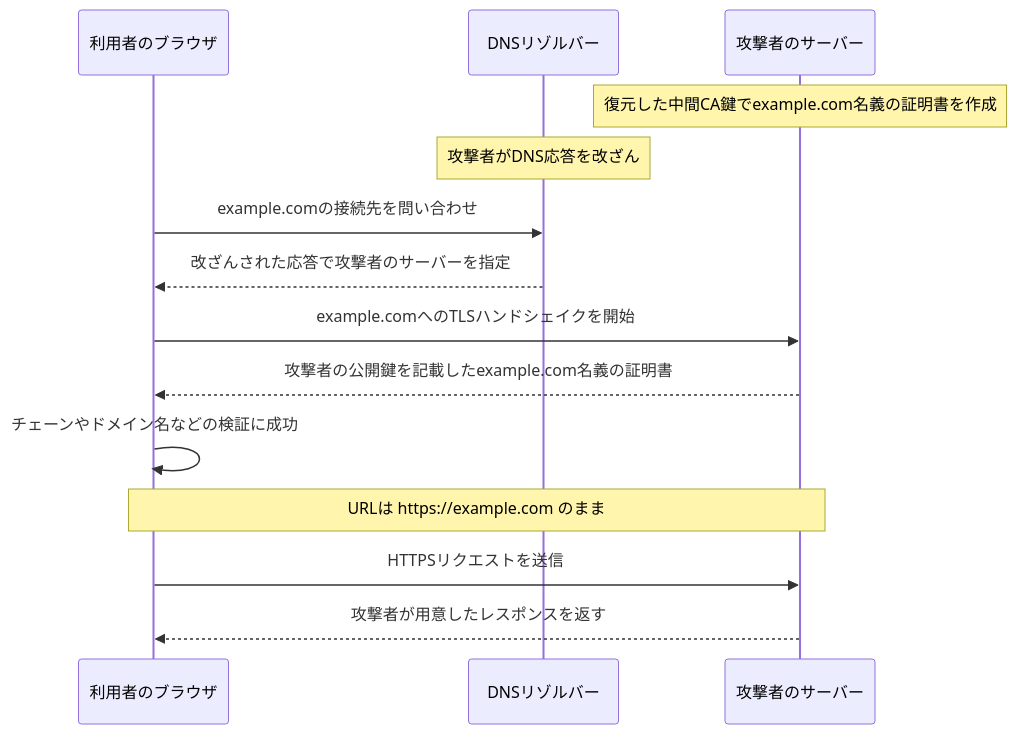
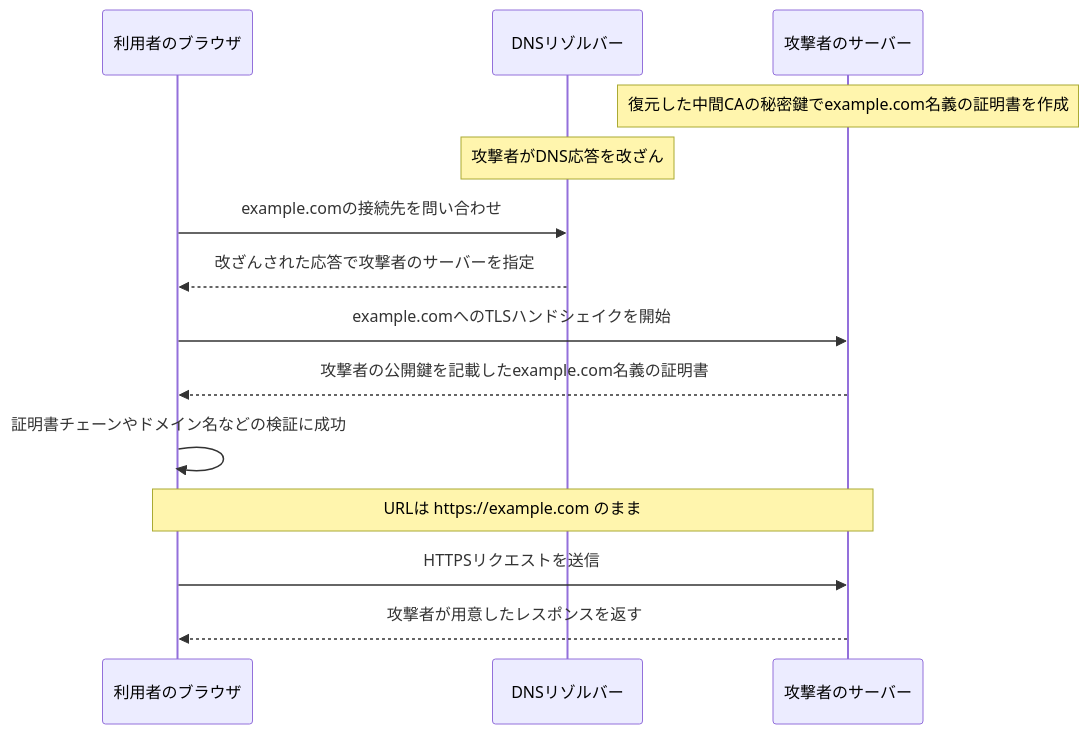
One commit to aurora1530/learning-materials changed the second of 10 diagrams in docs/security/20261113-tls-pki-emudhra.md. Above: the diagram before and after it, drawn with Mermaid. The commit also changed other lines of this file, not shown here.

````diff
--- a/docs/security/20261113-tls-pki-emudhra.md
+++ b/docs/security/20261113-tls-pki-emudhra.md
@@ -64,16 +64,16 @@
 ```mermaid
 sequenceDiagram
     participant Browser as 利用者のブラウザ
     participant DNS as DNSリゾルバー
     participant Attacker as 攻撃者のサーバー
-    Note over Attacker: 復元した中間CA鍵でexample.com名義の証明書を作成
+    Note over Attacker: 復元した中間CAの秘密鍵でexample.com名義の証明書を作成
     Note over DNS: 攻撃者がDNS応答を改ざん
     Browser->>DNS: example.comの接続先を問い合わせ
     DNS-->>Browser: 改ざんされた応答で攻撃者のサーバーを指定
     Browser->>Attacker: example.comへのTLSハンドシェイクを開始
     Attacker-->>Browser: 攻撃者の公開鍵を記載したexample.com名義の証明書
-    Browser->>Browser: チェーンやドメイン名などの検証に成功
+    Browser->>Browser: 証明書チェーンやドメイン名などの検証に成功
     Note over Browser,Attacker: URLは https://example.com のまま
     Browser->>Attacker: HTTPSリクエストを送信
     Attacker-->>Browser: 攻撃者が用意したレスポンスを返す
 ```
````
